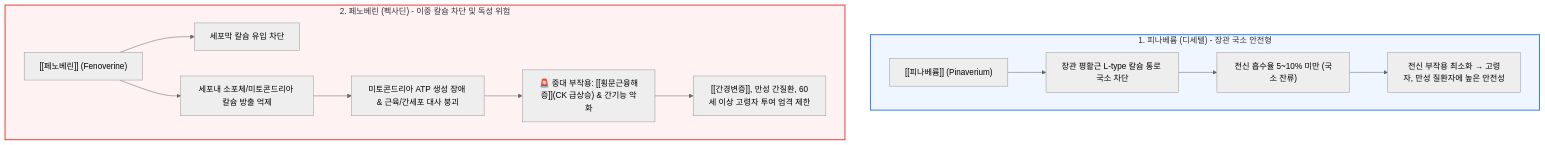
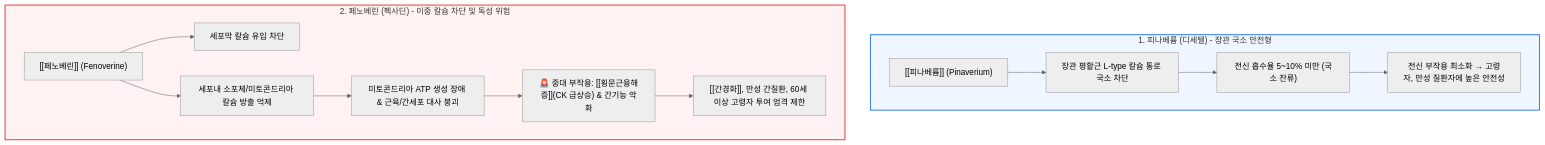
The diagram in content/강의록/양방 약물 및 임상약리/진경제 피나베륨과 페노베린.md (simbio11/simbio-digital-garden2), drawn with Mermaid (neutral theme) before and after one commit. The commit also changed other lines of this file and 442 other files, not shown here.

````diff
--- a/content/강의록/양방 약물 및 임상약리/진경제 피나베륨과 페노베린.md
+++ b/content/강의록/양방 약물 및 임상약리/진경제 피나베륨과 페노베린.md
@@ -17,31 +17,31 @@
 ```mermaid
 flowchart TD
 
     subgraph Pinaverium["1. 피나베륨 (디세텔) - 장관 국소 안전형"]
 
         Pina["[[피나베륨]] (Pinaverium)"] --> P_Mech["장관 평활근 L-type 칼슘 통로 국소 차단"]
 
         P_Mech --> P_Abs["전신 흡수율 5~10% 미만 (국소 잔류)"]
 
         P_Abs --> P_Safe["전신 부작용 최소화 → 고령자, 만성 질환자에 높은 안전성"]
 
     end
 
     subgraph Fenoverine["2. 페노베린 (펙사딘) - 이중 칼슘 차단 및 독성 위험"]
 
         Feno["[[페노베린]] (Fenoverine)"] --> F_Mech1["세포막 칼슘 유입 차단"]
 
         Feno --> F_Mech2["세포내 소포체/미토콘드리아 칼슘 방출 억제"]
 
         F_Mech2 --> F_Tox["미토콘드리아 ATP 생성 장애 & 근육/간세포 대사 붕괴"]
 
         F_Tox --> F_Danger["🚨 중대 부작용: [[횡문근융해증]](CK 급상승) & 간기능 악화"]
 
-        F_Danger --> F_Contra["[[간경변증]], 만성 간질환, 60세 이상 고령자 투여 엄격 제한"]
+        F_Danger --> F_Contra["[[간경화]], 만성 간질환, 60세 이상 고령자 투여 엄격 제한"]
 
     end
 
     style Pinaverium fill:#eff6ff,stroke:#3b82f6,stroke-width:2px
 
     style Fenoverine fill:#fef2f2,stroke:#ef4444,stroke-width:2px
 ```
````
